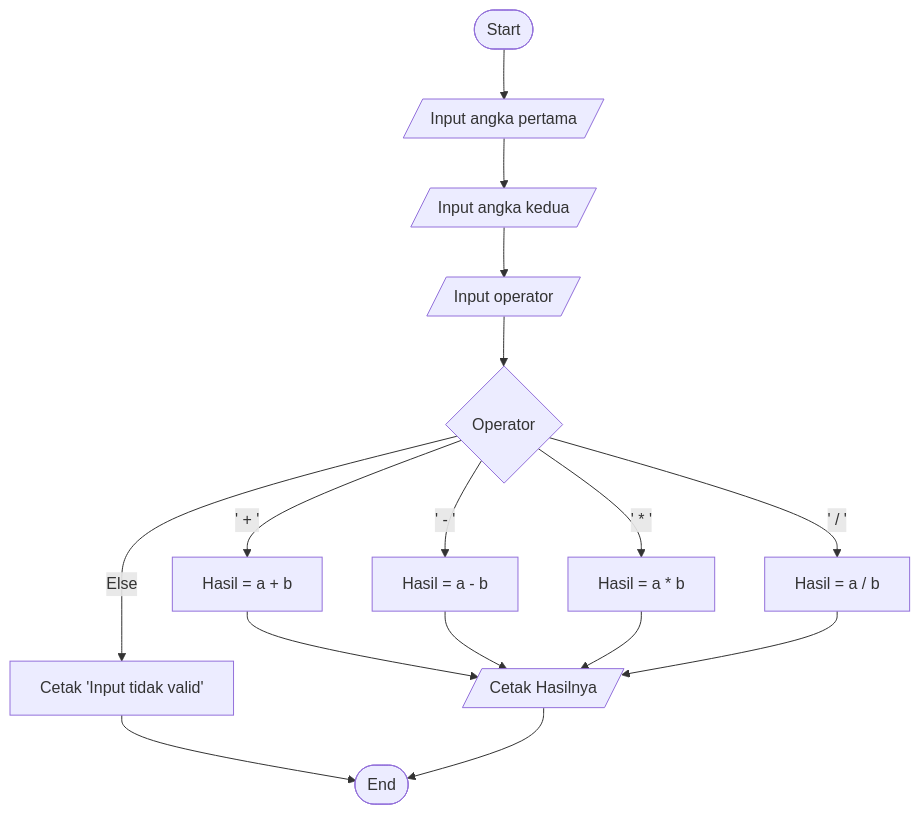
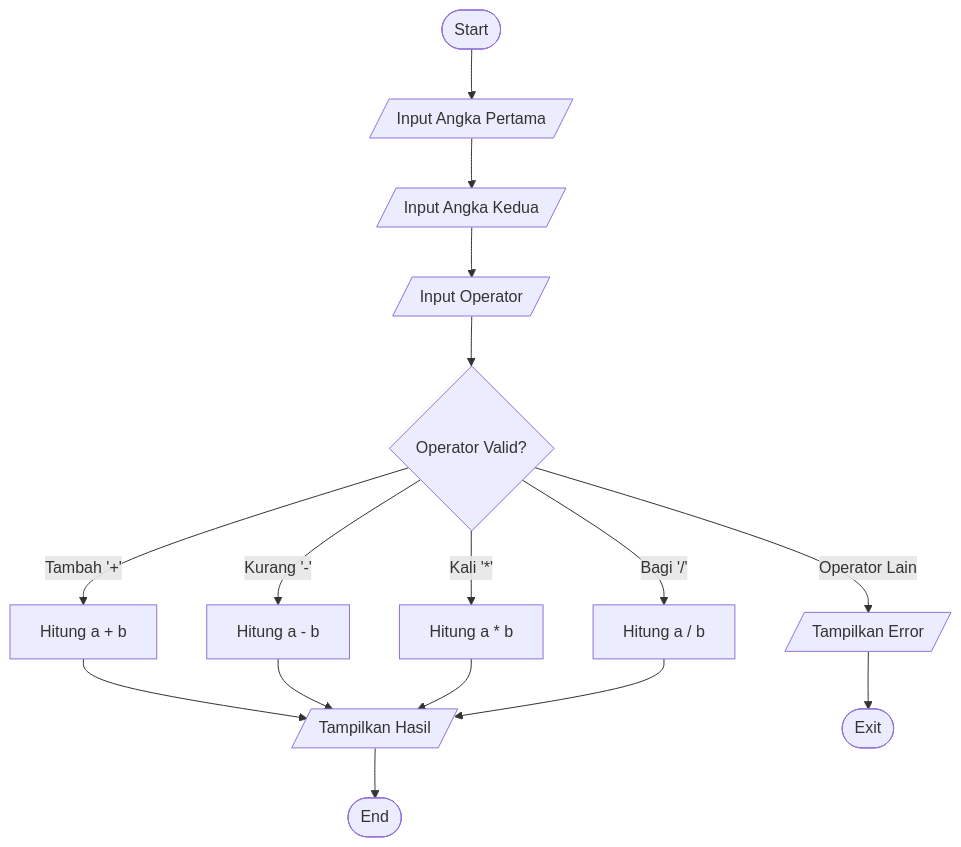
The second of 2 diagrams in README.md (AugustRmd/labpy02), drawn with Mermaid before and after one commit. The commit also changed other lines of this file, not shown here.

`````diff
--- a/README.md
+++ b/README.md
@@ -70,19 +76,22 @@
 ````mermaid
 flowchart TD
-    A([Start]) --> B[/Input angka pertama/]
-    B --> C[/Input angka kedua/]
-    C --> D[/Input operator/]
-    D --> E{Operator}
-    E -- ' + ' --> F[Hasil = a + b]
-    E -- ' - ' --> G[Hasil = a - b]
-    E -- ' * ' --> H[Hasil = a * b]
-    E -- ' / ' --> I[Hasil = a / b]
-    E -- Else --> J[Cetak 'Input tidak valid']
-    J --> L
-    F --> K[/Cetak Hasilnya/]
+    A([Start]) --> B[/Input Angka Pertama/]
+    B --> C[/Input Angka Kedua/]
+    C --> D[/Input Operator/]
+    
+    D --> E{Operator Valid?}
+    E -->|Tambah '+'| F[Hitung a + b]
+    E -->|Kurang '-'| G[Hitung a - b]
+    E -->|Kali '*'| H[Hitung a * b]
+    E -->|Bagi '/'| I[Hitung a / b]
+    E -->|Operator Lain| J[/Tampilkan Error/]
+    
+    F --> K[/Tampilkan Hasil/]
     G --> K
     H --> K
     I --> K
-    K --> L([End])
+    
+    J --> L([Exit])
+    K --> M([End])
 
 ````
`````
